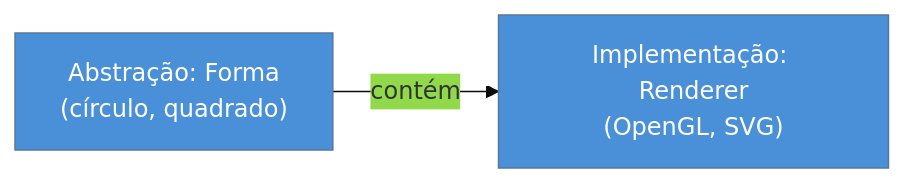
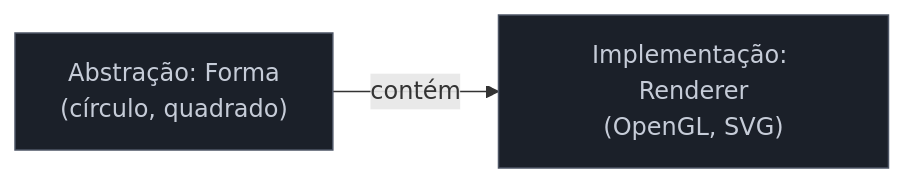
Before and after one commit to josenaldo/codex-technomanticus: the diagram in 03-Dominios/Engenharia/Design de Software/Padrões de Projeto/Clássicos (GoF)/21 - Padrões raros (Bridge, Flyweight, Memento, Interpreter).md, drawn with Mermaid. The commit also changed 1181 other files, not shown here.

First line of the commit message:
fix(diagramas): paleta do sistema no lugar de cor cravada no markdown

````diff
--- a/03-Dominios/Engenharia/Design de Software/Padrões de Projeto/Clássicos (GoF)/21 - Padrões raros (Bridge, Flyweight, Memento, Interpreter).md
+++ b/03-Dominios/Engenharia/Design de Software/Padrões de Projeto/Clássicos (GoF)/21 - Padrões raros (Bridge, Flyweight, Memento, Interpreter).md
@@ -31,7 +31,7 @@
 ```mermaid
-%%{init: {"theme": "base", "themeVariables": {"primaryColor": "#4A90D9"}}}%%
 graph LR
+    classDef neutro fill:#1B2029,stroke:#4E5666,color:#C6CCD8
     A["Abstração: Forma<br/>(círculo, quadrado)"] -->|contém| I["Implementação: Renderer<br/>(OpenGL, SVG)"]
-    style A fill:#4A90D9,color:#fff
-    style I fill:#4A90D9,color:#fff
+    class A neutro
+    class I neutro
 ```
````
